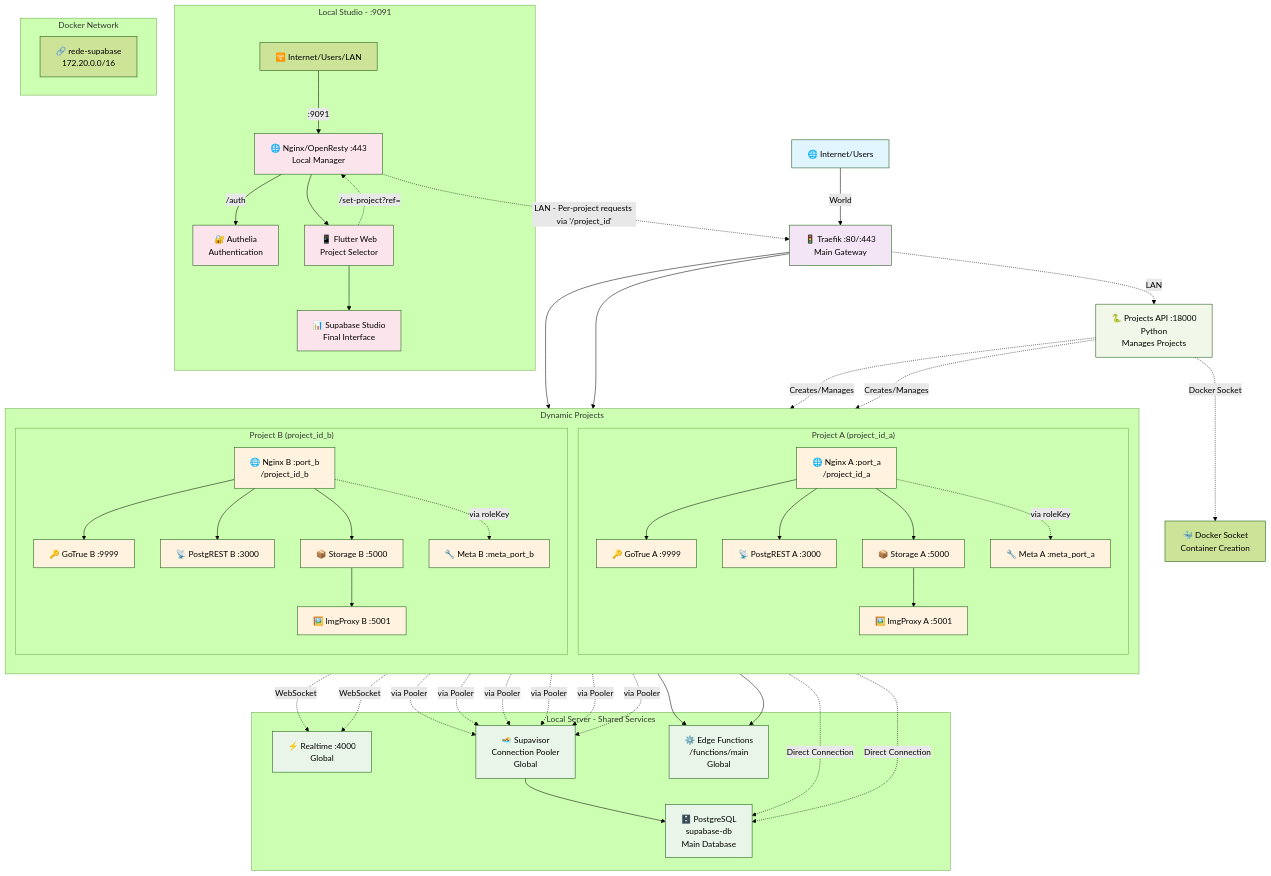
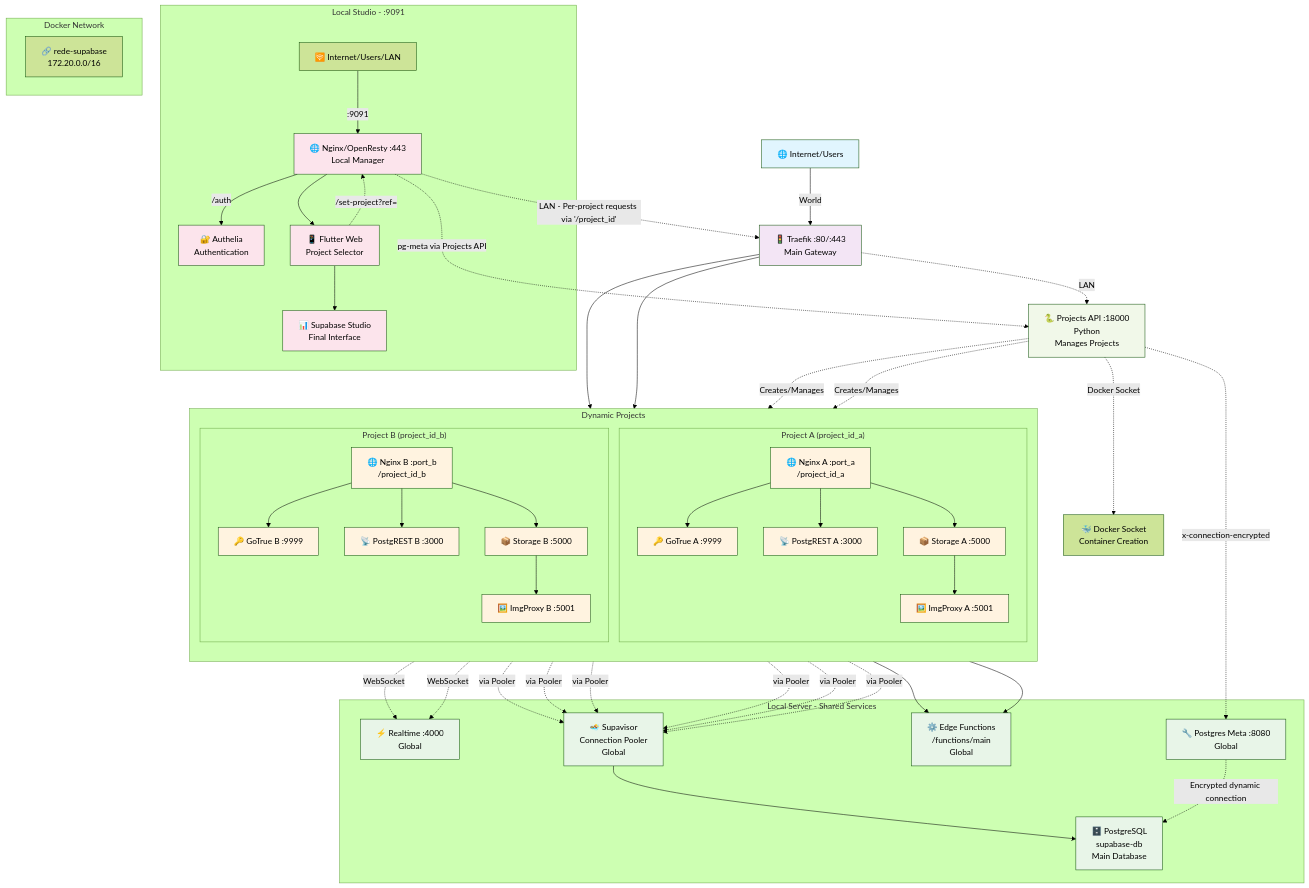
One commit to GustavoMartins123/supabase-multitenant changed the diagram in README.md. Above: the diagram before and after it, drawn with Mermaid (forest theme). The commit also changed 16 other files, not shown here.

```diff
--- a/README.md
+++ b/README.md
@@ -50,13 +50,13 @@
         Realtime["⚡ Realtime :4000\nGlobal"]
         Pooler["🏊 Supavisor\nConnection Pooler\nGlobal"]
         Functions["⚙️ Edge Functions\n/functions/main\nGlobal"]
+        MetaGlobal["🔧 Postgres Meta :8080\nGlobal"]
   end
  subgraph subGraph2["Project A (project_id_a)"]
         NginxA["🌐 Nginx A :port_a\n/project_id_a"]
         AuthA["🔑 GoTrue A :9999"]
         RestA["📡 PostgREST A :3000"]
         StorageA["📦 Storage A :5000"]
-        MetaA["🔧 Meta A :meta_port_a"]
         ImgA["🖼️ ImgProxy A :5001"]
   end
  subgraph subGraph3["Project B (project_id_b)"]
@@ -64,7 +64,6 @@
         AuthB["🔑 GoTrue B :9999"]
         RestB["📡 PostgREST B :3000"]
         StorageB["📦 Storage B :5000"]
-        MetaB["🔧 Meta B :meta_port_b"]
         ImgB["🖼️ ImgProxy B :5001"]
   end
  subgraph subGraph4["Dynamic Projects"]
@@ -83,24 +82,23 @@
     Nginx -. "LAN - Per-project requests via '/project_id'" .-> Traefik
     Traefik -. LAN .-> API["🐍 Projects API :18000\nPython\nManages Projects"]
     Pooler --> DB
+    MetaGlobal -. "Encrypted dynamic connection" .-> DB
     NginxA --> AuthA & RestA & StorageA & Functions
-    NginxA -. via roleKey .-> MetaA
     StorageA --> ImgA
     NginxB --> AuthB & RestB & StorageB & Functions
-    NginxB -. via roleKey .-> MetaB
     StorageB --> ImgB
     Traefik --> NginxA
     Traefik --> NginxB
     AuthA -. via Pooler .-> Pooler
     RestA -. via Pooler .-> Pooler
     StorageA -. via Pooler .-> Pooler
-    MetaA -. Direct Connection .-> DB
     AuthB -. via Pooler .-> Pooler
     RestB -. via Pooler .-> Pooler
     StorageB -. via Pooler .-> Pooler
-    MetaB -. Direct Connection .-> DB
     NginxA -. WebSocket .-> Realtime
     NginxB -. WebSocket .-> Realtime
+    Nginx -. "pg-meta via Projects API" .-> API
+    API -. "x-connection-encrypted" .-> MetaGlobal
     API -. Creates/Manages .-> NginxA & NginxB
     API -. Docker Socket .-> DockerSock["🐳 Docker Socket\nContainer Creation"]
     Flutter -. "/set-project?ref=" .-> Nginx
@@ -112,17 +110,16 @@
      Realtime:::shared
      Pooler:::shared
      Functions:::shared
+     MetaGlobal:::shared
      NginxA:::project
      AuthA:::project
      RestA:::project
      StorageA:::project
-     MetaA:::project
      ImgA:::project
      NginxB:::project
      AuthB:::project
      RestB:::project
      StorageB:::project
-     MetaB:::project
      ImgB:::project
      World:::external
      Traefik:::gateway
```
